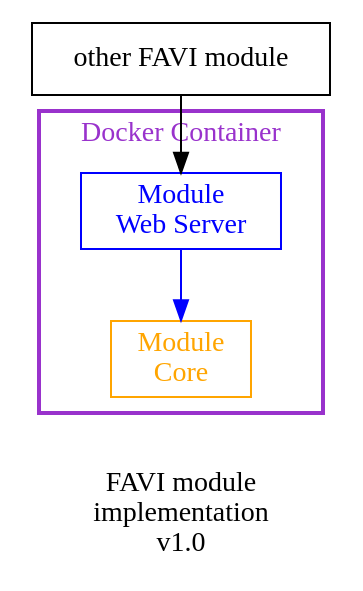
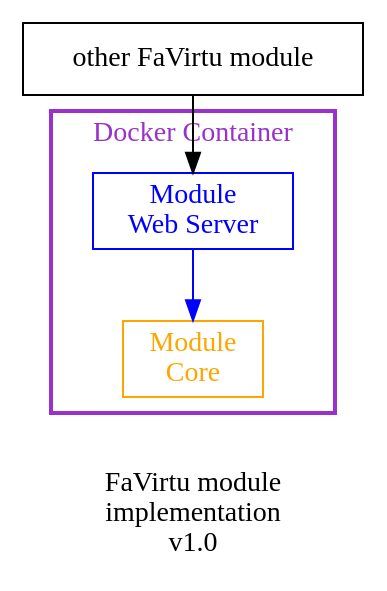
One commit to guild-st-isidore-TO/fabrica-virtualis changed the diagram in static/design/dot/favi-module.dot. Above: the diagram before and after it, drawn with Graphviz. The commit also changed 12 other files, not shown here.

```diff
--- a/static/design/dot/favi-module.dot
+++ b/static/design/dot/favi-module.dot
@@ -1,23 +1,23 @@
 digraph {
-    label = "\nFAVI module\nimplementation\nv1.0";
+    label = "\nFaVirtu module\nimplementation\nv1.0";
     node [shape = box;];
     
     extModule -> webServer;
     
     subgraph cluster_0 {
         label = "Docker Container";
         fontcolor = darkorchid;
         color = darkorchid;
         penwidth = 2;
         node [bgcolor = white;];
         
         
         webServer -> coreModule [color = blue;];
     }
     
-    extModule [label = "other FAVI module";];
+    extModule [label = "other FaVirtu module";];
     
     webServer [label = "Module\nWeb Server";color = blue;fontcolor = blue;];
     
     coreModule [label = "Module\nCore";color = orange;fontcolor = orange;];
 }
```
